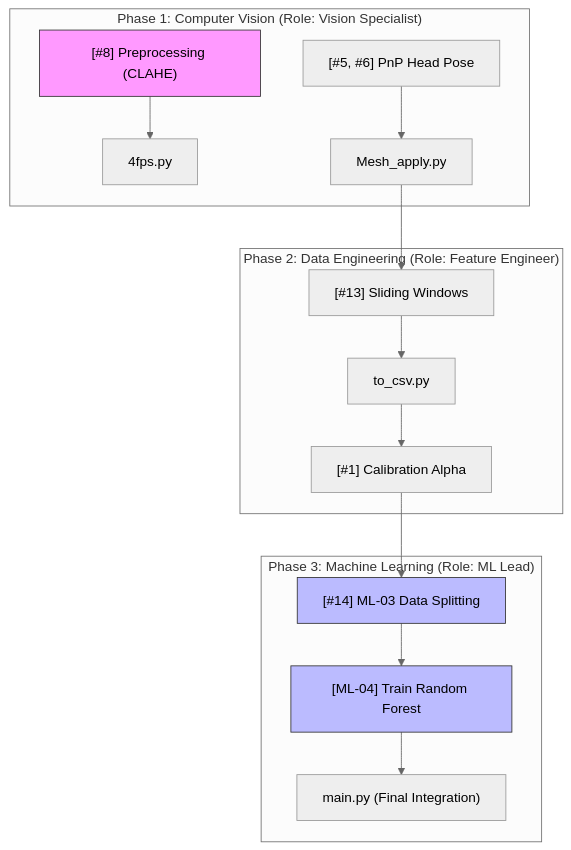
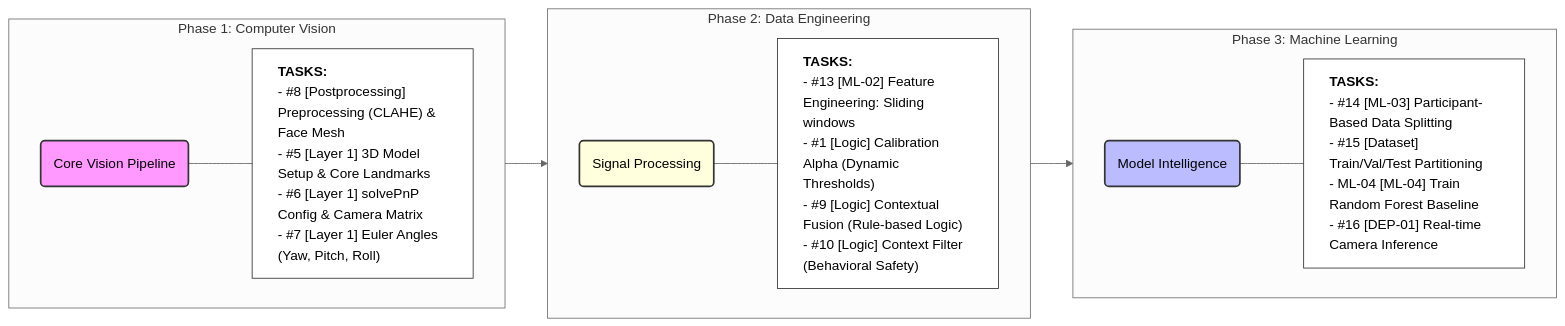
One commit to thanhhuyvan/Lightweight-DMS changed the diagram in MASTER_PLAN.md. Above: the diagram before and after it, drawn with Mermaid (neutral theme). The commit also changed 3 other files, not shown here.

````diff
--- a/MASTER_PLAN.md
+++ b/MASTER_PLAN.md
@@ -24,23 +24,28 @@
 ```mermaid
-graph TD
-    subgraph "Phase 1: Computer Vision (Role: Vision Specialist)"
-        T1["[#8] Preprocessing (CLAHE)"] --> P1["4fps.py"]
-        T2["[#5, #6] PnP Head Pose"] --> P2["Mesh_apply.py"]
+graph LR
+    subgraph P1 [Phase 1: Computer Vision]
+        direction LR
+        P1_Logic(Core Vision Pipeline) --- P1_Tasks["<b>TASKS:</b><br/>- #8 [Postprocessing] Preprocessing (CLAHE) & Face Mesh<br/>- #5 [Layer 1] 3D Model Setup & Core Landmarks<br/>- #6 [Layer 1] solvePnP Config & Camera Matrix<br/>- #7 [Layer 1] Euler Angles (Yaw, Pitch, Roll)"]
     end
 
-    subgraph "Phase 2: Data Engineering (Role: Feature Engineer)"
-        P2 --> T3["[#13] Sliding Windows"]
-        T3 --> P3["to_csv.py"]
-        P3 --> T4["[#1] Calibration Alpha"]
+    subgraph P2 [Phase 2: Data Engineering]
+        direction LR
+        P2_Logic(Signal Processing) --- P2_Tasks["<b>TASKS:</b><br/>- #13 [ML-02] Feature Engineering: Sliding windows<br/>- #1 [Logic] Calibration Alpha (Dynamic Thresholds)<br/>- #9 [Logic] Contextual Fusion (Rule-based Logic)<br/>- #10 [Logic] Context Filter (Behavioral Safety)"]
     end
 
-    subgraph "Phase 3: Machine Learning (Role: ML Lead)"
-        T4 --> T5["[#14] ML-03 Data Splitting"]
-        T5 --> T6["[ML-04] Train Random Forest"]
-        T6 --> P4["main.py (Final Integration)"]
+    subgraph P3 [Phase 3: Machine Learning]
+        direction LR
+        P3_Logic(Model Intelligence) --- P3_Tasks["<b>TASKS:</b><br/>- #14 [ML-03] Participant-Based Data Splitting<br/>- #15 [Dataset] Train/Val/Test Partitioning<br/>- ML-04 [ML-04] Train Random Forest Baseline<br/>- #16 [DEP-01] Real-time Camera Inference"]
     end
 
-    style T1 fill:#f9f,stroke:#333
-    style T5 fill:#bbf,stroke:#333
-    style T6 fill:#bbf,stroke:#333
+    P1 --> P2
+    P2 --> P3
+
+    %% Styling
+    style P1_Tasks text-align:left,fill:#fff,stroke:#333
+    style P2_Tasks text-align:left,fill:#fff,stroke:#333
+    style P3_Tasks text-align:left,fill:#fff,stroke:#333
+    style P1_Logic fill:#f9f,stroke:#333,stroke-width:2px
+    style P2_Logic fill:#ffd,stroke:#333,stroke-width:2px
+    style P3_Logic fill:#bbf,stroke:#333,stroke-width:2px
 ```
````
